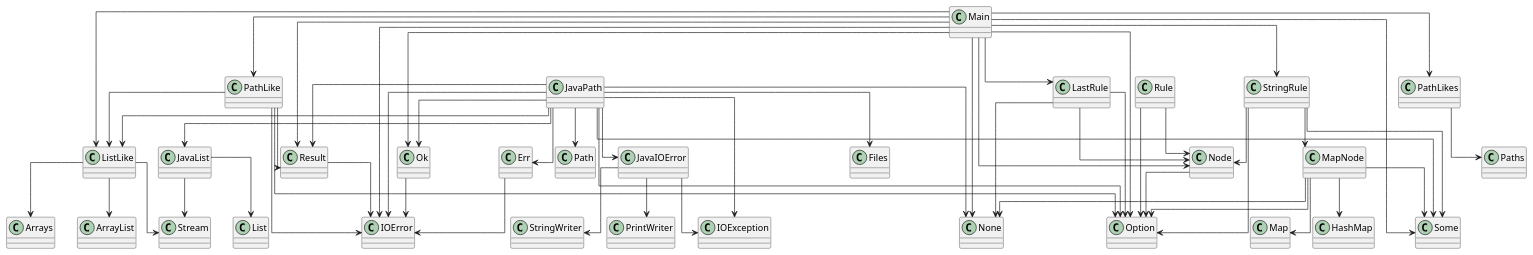
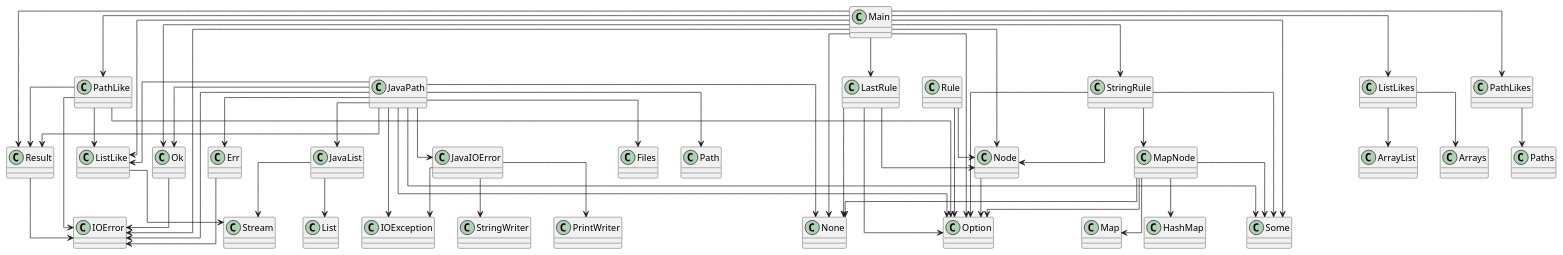
Before and after one commit to SirMathhman/Magma: the diagram in diagram.puml, drawn with PlantUML. The commit also changed 3 other files, not shown here.

Commit message:
Fix graph cycle

```diff
--- a/diagram.puml
+++ b/diagram.puml
@@ -1,79 +1,81 @@
 @startuml
 skinparam linetype ortho
 class IOError
 class JavaIOError
 JavaIOError --> IOException
 JavaIOError --> PrintWriter
 JavaIOError --> StringWriter
 class JavaList
 JavaList --> List
 JavaList --> Stream
 class ListLike
-ListLike --> ArrayList
-ListLike --> Arrays
 ListLike --> Stream
+class ListLikes
+ListLikes --> ArrayList
+ListLikes --> Arrays
 class Main
 Main --> IOError
 Main --> ListLike
+Main --> ListLikes
 Main --> Node
 Main --> None
 Main --> Option
 Main --> Some
 Main --> PathLike
 Main --> PathLikes
 Main --> Ok
 Main --> Result
 Main --> LastRule
 Main --> StringRule
 class MapNode
 MapNode --> None
 MapNode --> Option
 MapNode --> Some
 MapNode --> HashMap
 MapNode --> Map
 class Node
 Node --> Option
 class None
 class Option
 class Some
 class JavaPath
 JavaPath --> IOError
 JavaPath --> JavaIOError
 JavaPath --> JavaList
 JavaPath --> ListLike
 JavaPath --> None
 JavaPath --> Option
 JavaPath --> Some
 JavaPath --> Err
 JavaPath --> Ok
 JavaPath --> Result
 JavaPath --> IOException
 JavaPath --> Files
 JavaPath --> Path
 class PathLike
 PathLike --> IOError
 PathLike --> ListLike
 PathLike --> Option
 PathLike --> Result
 class PathLikes
 PathLikes --> Paths
 class Err
 Err --> IOError
 class Ok
 Ok --> IOError
 class Result
 Result --> IOError
 class LastRule
 LastRule --> Node
 LastRule --> None
 LastRule --> Option
 class Rule
 Rule --> Node
 Rule --> Option
 class StringRule
 StringRule --> MapNode
 StringRule --> Node
 StringRule --> Option
 StringRule --> Some
 
 @enduml
```
